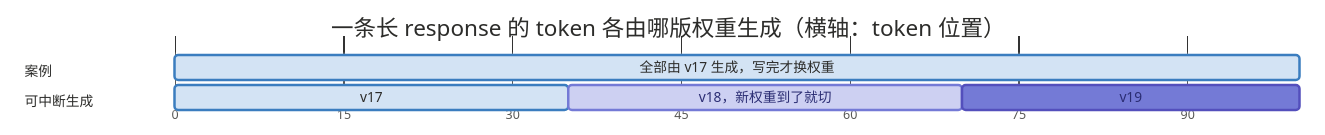
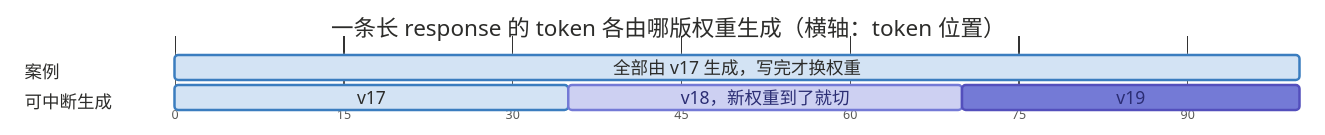
The eighth of 8 diagrams in notes/04_RL/04_03_训推协同.md (Zoey-Cheng/MLSys-Learning-Notes), drawn with Mermaid before and after one commit. The commit also changed other lines of this file and 4 other files, not shown here.

````diff
--- a/notes/04_RL/04_03_训推协同.md
+++ b/notes/04_RL/04_03_训推协同.md
@@ -835,13 +852,13 @@
 ```mermaid
-%%{init: {'theme': 'base', 'themeCSS': '.task{stroke-width:1.2px}.activeCrit0,.activeCrit1,.activeCrit2,.activeCrit3{fill:#FAEEC6;stroke:#B58A26}.taskText.critText0,.taskText.critText1,.taskText.critText2,.taskText.critText3{fill:#FFFFFF !important}.taskText.activeText0,.taskText.activeText1,.taskText.activeText2,.taskText.activeText3{fill:#12416F !important}.taskText.activeCritText0,.taskText.activeCritText1,.taskText.activeCritText2,.taskText.activeCritText3{fill:#6F4E08 !important}.grid .tick line{stroke:#E6E4DE !important}.grid .tick text{display:none}[id$=c1],[id$=i1]{fill:#E9EDF4;stroke:#6F8FB8}[id$=i3]{fill:#B5C7DF;stroke:#6F8FB8}[id$=i5]{fill:#195FA5;stroke:#195FA5}.taskText[id$=c1-text],.taskText[id$=i1-text],.taskText[id$=i3-text]{fill:#2C2C2A !important}', 'gantt': {'displayMode': 'compact', 'useWidth': 1050, 'leftPadding': 130, 'rightPadding': 20, 'topPadding': 40}, 'themeVariables': {'fontFamily': 'Roboto, Noto Sans CJK SC, PingFang SC, Microsoft YaHei, sans-serif', 'textColor': '#2C2C2A', 'titleColor': '#2C2C2A', 'gridColor': '#E6E4DE', 'sectionBkgColor': '#FFFFFF', 'sectionBkgColor2': '#FFFFFF', 'altSectionBkgColor': '#FFFFFF', 'taskBkgColor': '#CDD0F2', 'taskBorderColor': '#747AD6', 'activeTaskBkgColor': '#D3E3F4', 'activeTaskBorderColor': '#3B7DBF', 'critBkgColor': '#747AD6', 'critBorderColor': '#534FBC', 'doneTaskBkgColor': '#EDEBE4', 'doneTaskBorderColor': '#A5A49D', 'taskTextColor': '#2B2D73', 'taskTextDarkColor': '#2C2C2A', 'taskTextLightColor': '#2C2C2A', 'taskTextOutsideColor': '#2C2C2A', 'vertLineColor': '#75746E'}}}%%
+%%{init: {'theme': 'base', 'themeCSS': '.task{stroke-width:1.2px}.activeCrit0,.activeCrit1,.activeCrit2,.activeCrit3{fill:#FAEEC6;stroke:#B58A26}.taskText.critText0,.taskText.critText1,.taskText.critText2,.taskText.critText3{fill:#FFFFFF !important}.taskText.activeText0,.taskText.activeText1,.taskText.activeText2,.taskText.activeText3{fill:#12416F !important}.taskText.activeCritText0,.taskText.activeCritText1,.taskText.activeCritText2,.taskText.activeCritText3{fill:#6F4E08 !important}.grid .tick line{stroke:#E6E4DE !important}.grid .tick text{font-size:12px !important}.grid .tick text{display:none}[id$=c1],[id$=i1]{fill:#E9EDF4;stroke:#6F8FB8}[id$=i3]{fill:#B5C7DF;stroke:#6F8FB8}[id$=i5]{fill:#195FA5;stroke:#195FA5}.taskText[id$=c1-text],.taskText[id$=i1-text],.taskText[id$=i3-text]{fill:#2C2C2A !important}', 'gantt': {'displayMode': 'compact', 'fontSize': 14, 'sectionFontSize': 14, 'useWidth': 1050, 'leftPadding': 130, 'rightPadding': 20, 'topPadding': 40}, 'themeVariables': {'fontFamily': 'Roboto, Noto Sans CJK SC, PingFang SC, Microsoft YaHei, sans-serif', 'textColor': '#2C2C2A', 'titleColor': '#2C2C2A', 'gridColor': '#E6E4DE', 'sectionBkgColor': '#FFFFFF', 'sectionBkgColor2': '#FFFFFF', 'altSectionBkgColor': '#FFFFFF', 'taskBkgColor': '#CDD0F2', 'taskBorderColor': '#747AD6', 'activeTaskBkgColor': '#D3E3F4', 'activeTaskBorderColor': '#3B7DBF', 'critBkgColor': '#747AD6', 'critBorderColor': '#534FBC', 'doneTaskBkgColor': '#EDEBE4', 'doneTaskBorderColor': '#A5A49D', 'taskTextColor': '#2B2D73', 'taskTextDarkColor': '#2C2C2A', 'taskTextLightColor': '#2C2C2A', 'taskTextOutsideColor': '#2C2C2A', 'vertLineColor': '#75746E'}}}%%
 gantt
     title 一条长 response 的 token 各由哪版权重生成（横轴：token 位置）
     dateFormat X
     axisFormat %s
     section 案例
     全部由 v17 生成，写完才换权重      :active, c1, 0, 100s
     section 可中断生成
     v17                       :active, i1, 0, 35s
     v18，新权重到了就切       :i3, after i1, 35s
     v19                       :crit, i5, after i3, 30s
 ```
````
